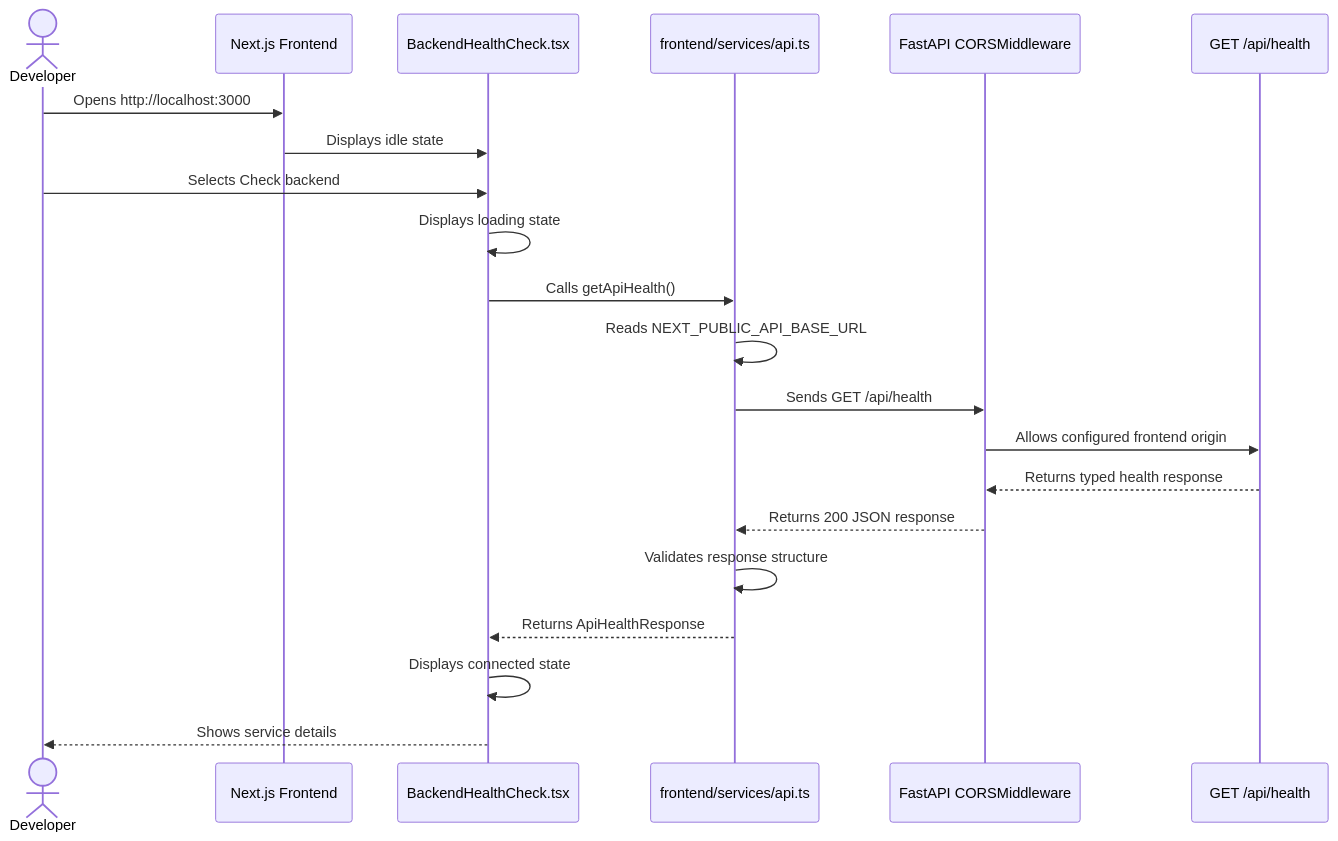
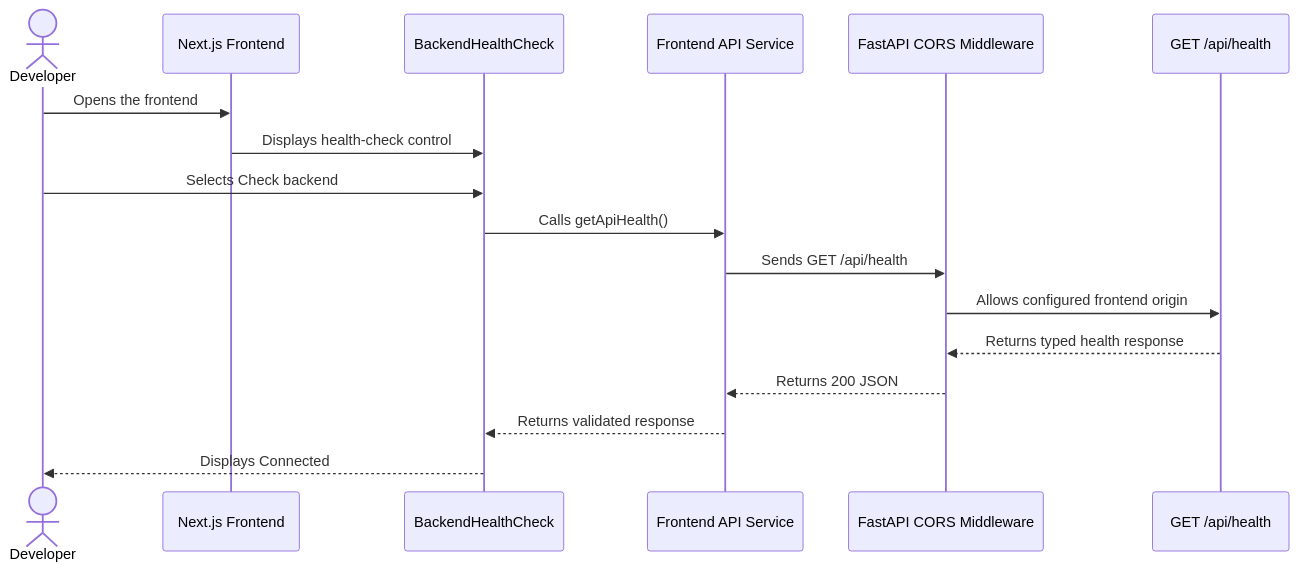
The sixth of 31 diagrams in docs/ARCHITECTURE.md (jianna-acc/stsp-capstone), drawn with Mermaid before and after one commit. The commit also changed other lines of this file and 29 other files, not shown here.

````diff
--- a/docs/ARCHITECTURE.md
+++ b/docs/ARCHITECTURE.md
@@ -254,25 +293,20 @@
 ```mermaid
 sequenceDiagram
     actor Developer
     participant Frontend as Next.js Frontend
-    participant Component as BackendHealthCheck.tsx
-    participant APIService as frontend/services/api.ts
-    participant CORS as FastAPI CORSMiddleware
+    participant Component as BackendHealthCheck
+    participant APIService as Frontend API Service
+    participant CORS as FastAPI CORS Middleware
     participant HealthRoute as GET /api/health
 
-    Developer->>Frontend: Opens http://localhost:3000
-    Frontend->>Component: Displays idle state
-
+    Developer->>Frontend: Opens the frontend
+    Frontend->>Component: Displays health-check control
     Developer->>Component: Selects Check backend
-    Component->>Component: Displays loading state
     Component->>APIService: Calls getApiHealth()
-    APIService->>APIService: Reads NEXT_PUBLIC_API_BASE_URL
     APIService->>CORS: Sends GET /api/health
     CORS->>HealthRoute: Allows configured frontend origin
     HealthRoute-->>CORS: Returns typed health response
-    CORS-->>APIService: Returns 200 JSON response
-    APIService->>APIService: Validates response structure
-    APIService-->>Component: Returns ApiHealthResponse
-    Component->>Component: Displays connected state
-    Component-->>Developer: Shows service details
+    CORS-->>APIService: Returns 200 JSON
+    APIService-->>Component: Returns validated response
+    Component-->>Developer: Displays Connected
 ```
````
